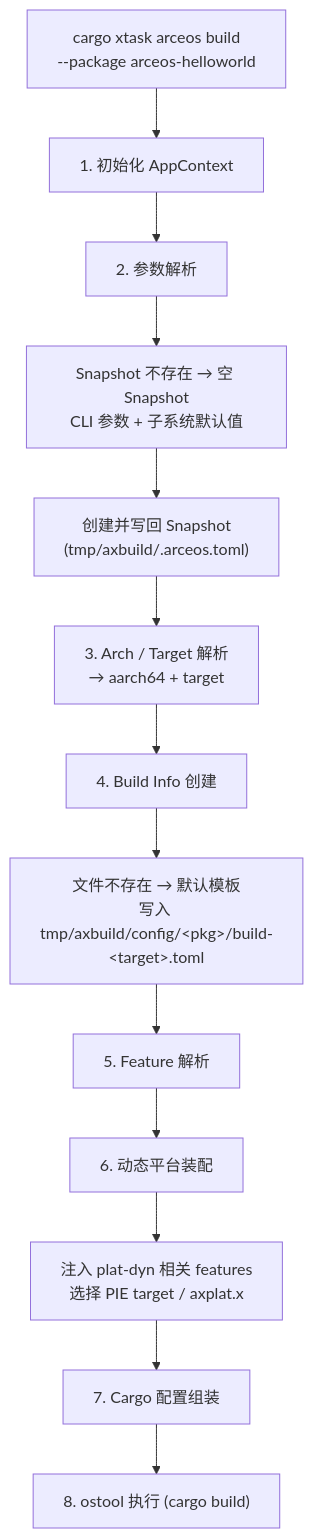
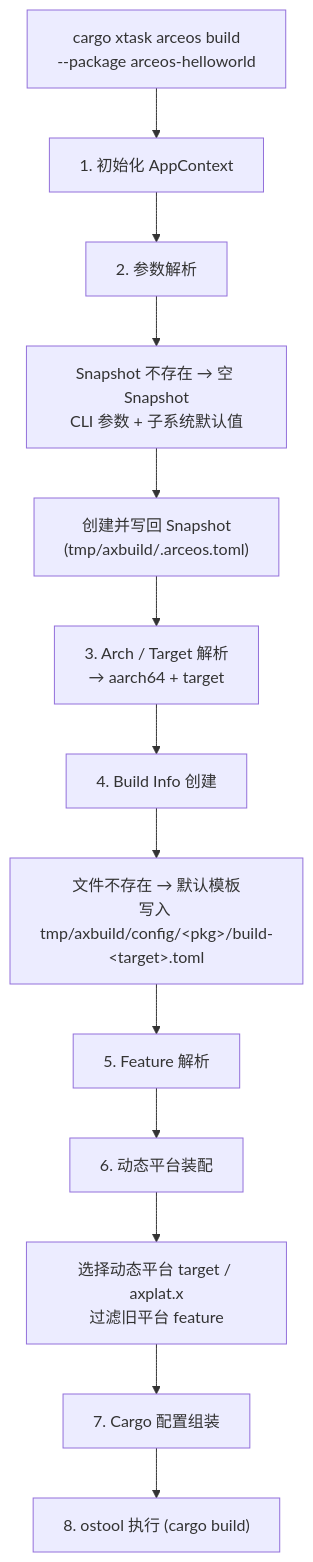
One commit to rcore-os/tgoskits changed the first of 6 diagrams in docs/docs/build/build.md. Above: the diagram before and after it, drawn with Mermaid. The commit also changed other lines of this file and 131 other files, not shown here.

Commit message:
refactor: remove plat-dyn feature, make dynamic platform the only path

````diff
--- a/docs/docs/build/build.md
+++ b/docs/docs/build/build.md
@@ -16,15 +16,15 @@
 ```mermaid
 flowchart TD
     A["cargo xtask arceos build<br/>--package arceos-helloworld"] --> B[1. 初始化 AppContext]
     B --> C["2. 参数解析"]
     C --> C1["Snapshot 不存在 → 空 Snapshot<br/>CLI 参数 + 子系统默认值"]
     C1 --> C2["创建并写回 Snapshot<br/>(tmp/axbuild/.arceos.toml)"]
     C2 --> D["3. Arch / Target 解析<br/>→ aarch64 + target"]
     D --> E["4. Build Info 创建"]
     E --> E1["文件不存在 → 默认模板<br/>写入 tmp/axbuild/config/&lt;pkg&gt;/build-&lt;target&gt;.toml"]
     E1 --> F["5. Feature 解析"]
     F --> G["6. 动态平台装配"]
-    G --> G1["注入 plat-dyn 相关 features<br/>选择 PIE target / axplat.x"]
+    G --> G1["选择动态平台 target / axplat.x<br/>过滤旧平台 feature"]
     G1 --> H["7. Cargo 配置组装"]
     H --> I["8. ostool 执行 (cargo build)"]
 ```
````
